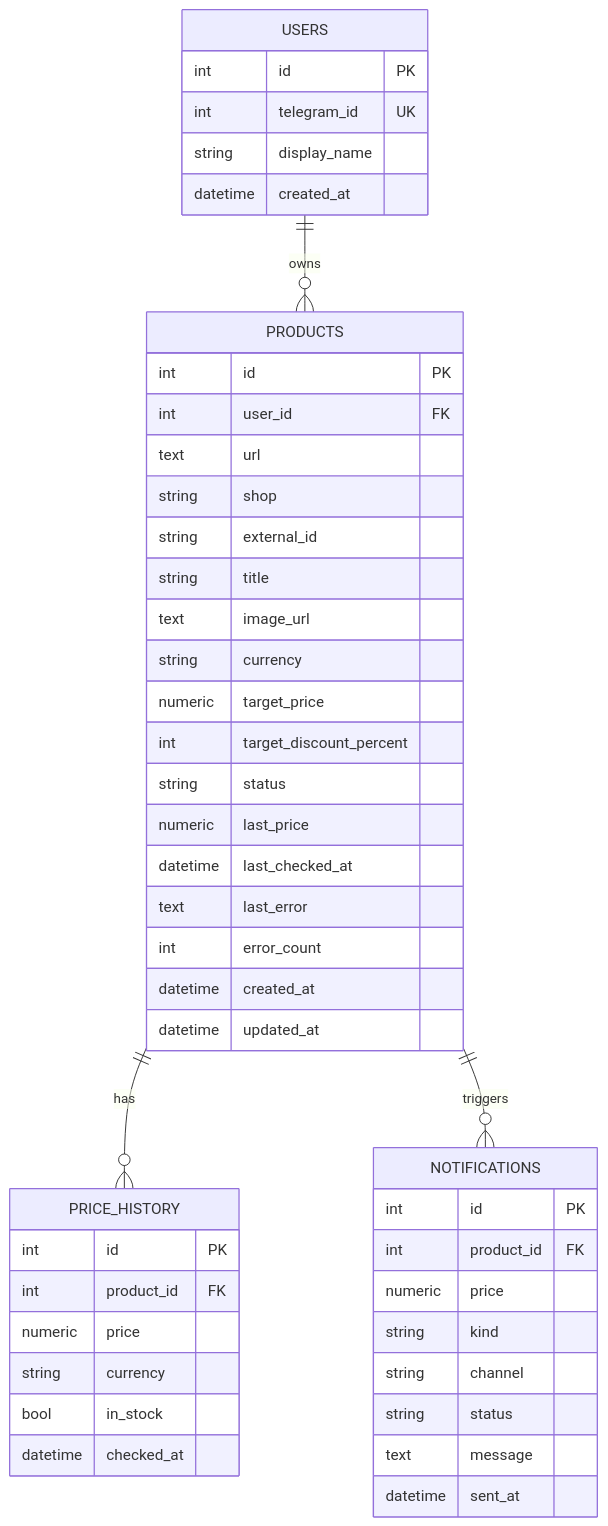
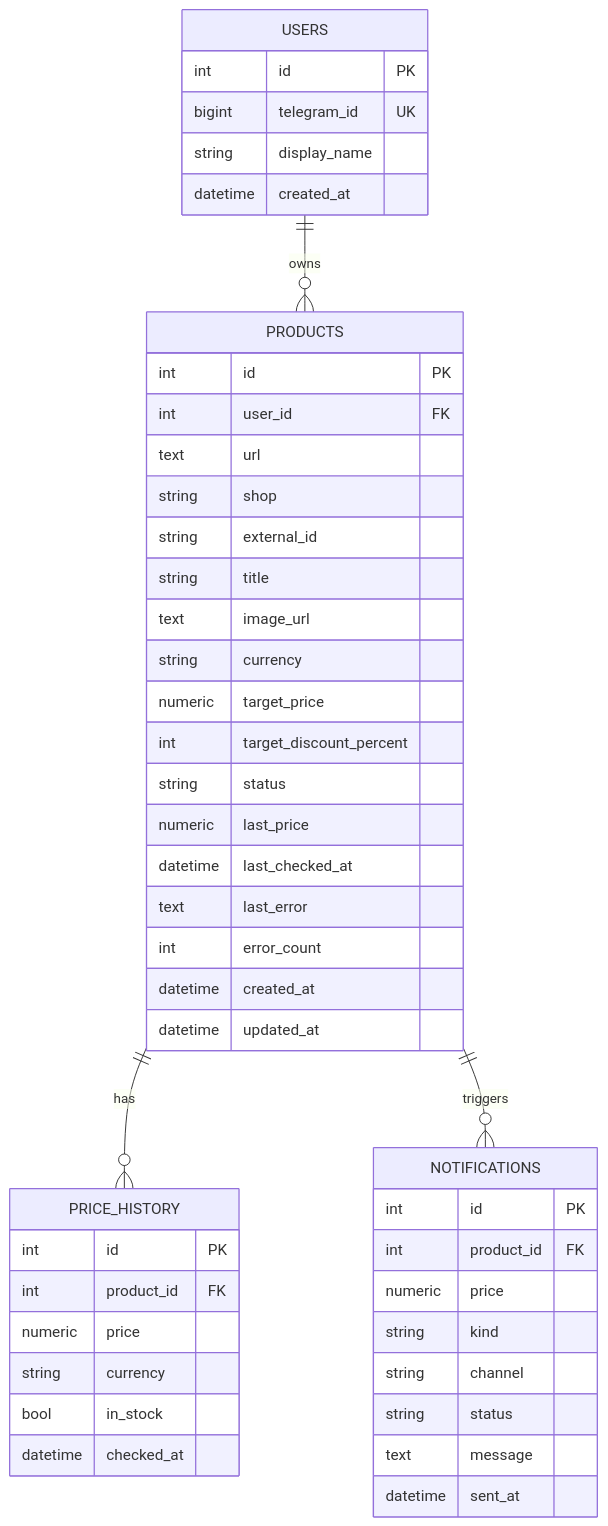
One commit to HBBoy102011/price-pulse changed the second of 2 diagrams in README.md. Above: the diagram before and after it, drawn with Mermaid. The commit also changed other lines of this file and 31 other files, not shown here.

````diff
--- a/README.md
+++ b/README.md
@@ -184,53 +226,53 @@
 ```mermaid
 erDiagram
     USERS ||--o{ PRODUCTS : owns
     PRODUCTS ||--o{ PRICE_HISTORY : has
     PRODUCTS ||--o{ NOTIFICATIONS : triggers
 
     USERS {
         int id PK
-        int telegram_id UK
+        bigint telegram_id UK
         string display_name
         datetime created_at
     }
 
     PRODUCTS {
         int id PK
         int user_id FK
         text url
         string shop
         string external_id
         string title
         text image_url
         string currency
         numeric target_price
         int target_discount_percent
         string status
         numeric last_price
         datetime last_checked_at
         text last_error
         int error_count
         datetime created_at
         datetime updated_at
     }
 
     PRICE_HISTORY {
         int id PK
         int product_id FK
         numeric price
         string currency
         bool in_stock
         datetime checked_at
     }
 
     NOTIFICATIONS {
         int id PK
         int product_id FK
         numeric price
         string kind
         string channel
         string status
         text message
         datetime sent_at
     }
 ```
````
